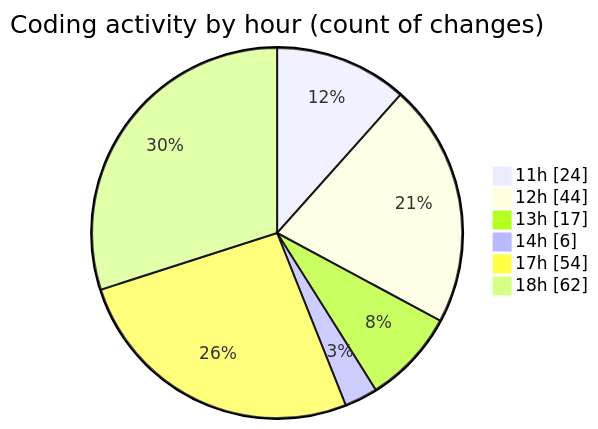
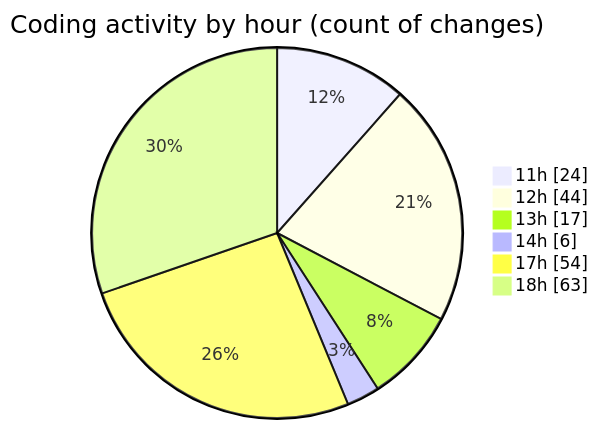
One commit to nxtqubesakshisongat/code-tracking changed the second of 2 diagrams in 2025-05-10/argos-dev/README.md. Above: the diagram before and after it, drawn with Mermaid. The commit also changed other lines of this file and 1 other file, not shown here.

````diff
--- a/2025-05-10/argos-dev/README.md
+++ b/2025-05-10/argos-dev/README.md
@@ -41,10 +41,10 @@
 ```mermaid
 pie showData
 title Coding activity by hour (count of changes)
 "11h" : 24
 "12h" : 44
 "13h" : 17
 "14h" : 6
 "17h" : 54
-"18h" : 62
+"18h" : 63
 ```
````
